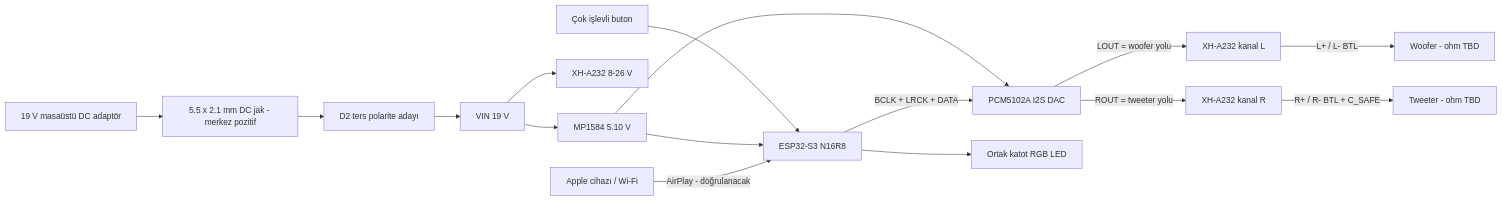
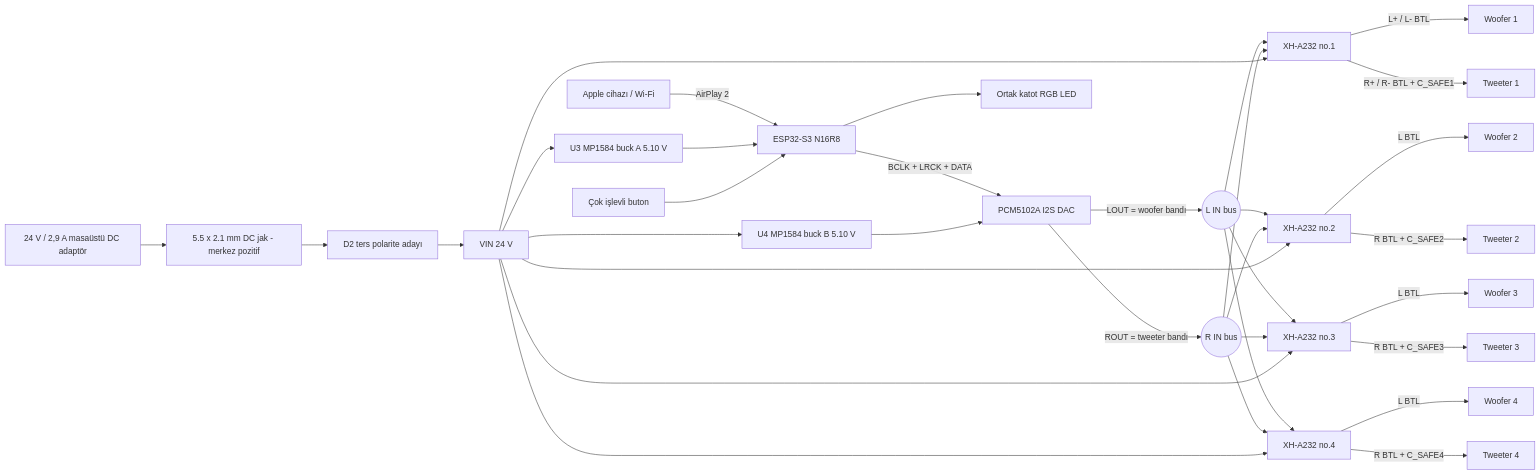
One commit to ktahatastan/esp32-airplay-speakers changed the first of 7 diagrams in docs/02-hardware/circuit-and-wiring-plan.md. Above: the diagram before and after it, drawn with Mermaid. The commit also changed other lines of this file and 122 other files, not shown here.

````diff
--- a/docs/02-hardware/circuit-and-wiring-plan.md
+++ b/docs/02-hardware/circuit-and-wiring-plan.md
@@ -32,20 +32,38 @@
 ```mermaid
 flowchart LR
-    PHONE[Apple cihazı / Wi-Fi] -->|AirPlay - doğrulanacak| ESP[ESP32-S3 N16R8]
+    PHONE[Apple cihazı / Wi-Fi] -->|AirPlay 2| ESP[ESP32-S3 N16R8]
     ESP -->|BCLK + LRCK + DATA| DAC[PCM5102A I2S DAC]
-    DAC -->|LOUT = woofer yolu| AL[XH-A232 kanal L]
-    DAC -->|ROUT = tweeter yolu| AR[XH-A232 kanal R]
-    AL -->|L+ / L- BTL| W[Woofer - ohm TBD]
-    AR -->|R+ / R- BTL + C_SAFE| T[Tweeter - ohm TBD]
+    DAC -->|LOUT = woofer bandı| LBUS((L IN bus))
+    DAC -->|ROUT = tweeter bandı| RBUS((R IN bus))
+    LBUS --> A1[XH-A232 no.1]
+    LBUS --> A2[XH-A232 no.2]
+    LBUS --> A3[XH-A232 no.3]
+    LBUS --> A4[XH-A232 no.4]
+    RBUS --> A1
+    RBUS --> A2
+    RBUS --> A3
+    RBUS --> A4
+    A1 -->|L+ / L- BTL| W1[Woofer 1]
+    A1 -->|R+ / R- BTL + C_SAFE1| T1[Tweeter 1]
+    A2 -->|L BTL| W2[Woofer 2]
+    A2 -->|R BTL + C_SAFE2| T2[Tweeter 2]
+    A3 -->|L BTL| W3[Woofer 3]
+    A3 -->|R BTL + C_SAFE3| T3[Tweeter 3]
+    A4 -->|L BTL| W4[Woofer 4]
+    A4 -->|R BTL + C_SAFE4| T4[Tweeter 4]
 
-    ADP[19 V masaüstü DC adaptör] --> J1[5.5 x 2.1 mm DC jak - merkez pozitif]
+    ADP[24 V / 2,9 A masaüstü DC adaptör] --> J1[5.5 x 2.1 mm DC jak - merkez pozitif]
     J1 --> D2[D2 ters polarite adayı]
-    D2 --> VIN[VIN 19 V]
-    VIN --> AMP[XH-A232 8-26 V]
-    VIN --> BUCK[MP1584 5.10 V]
-    BUCK --> ESP
-    BUCK --> DAC
+    D2 --> VIN[VIN 24 V]
+    VIN --> A1
+    VIN --> A2
+    VIN --> A3
+    VIN --> A4
+    VIN --> BUCKA[U3 MP1584 buck A 5.10 V]
+    VIN --> BUCKB[U4 MP1584 buck B 5.10 V]
+    BUCKA --> ESP
+    BUCKB --> DAC
 
     BTN[Çok işlevli buton] --> ESP
     ESP --> LED[Ortak katot RGB LED]
 ```
````
